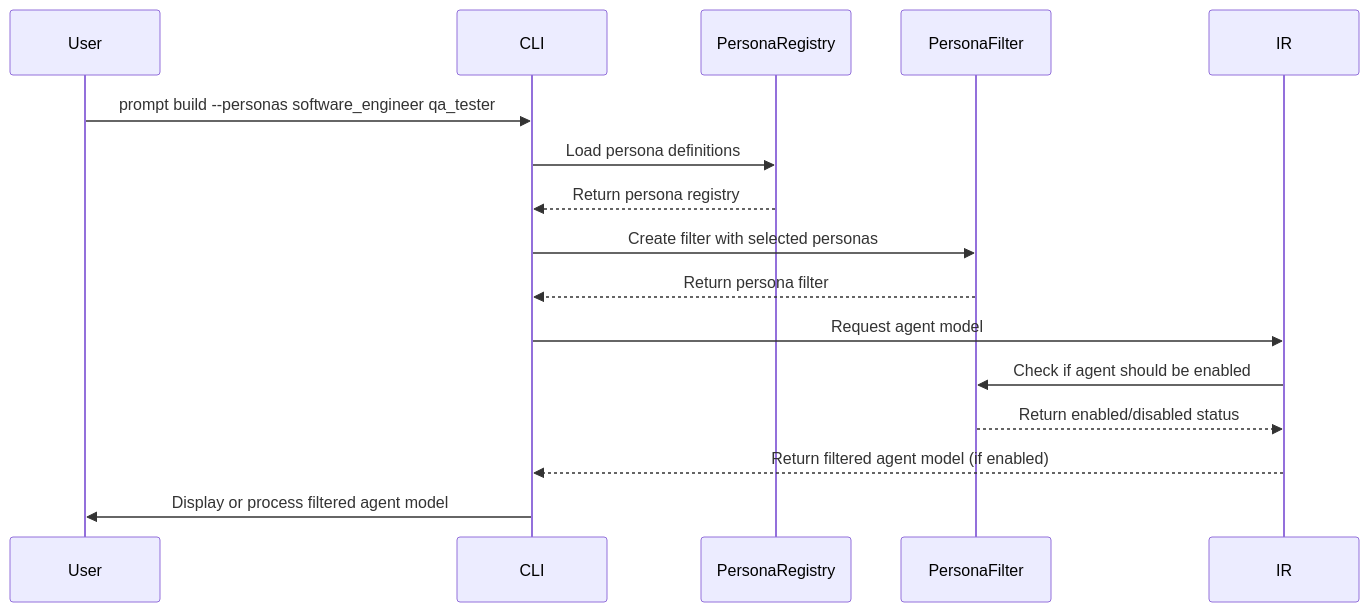
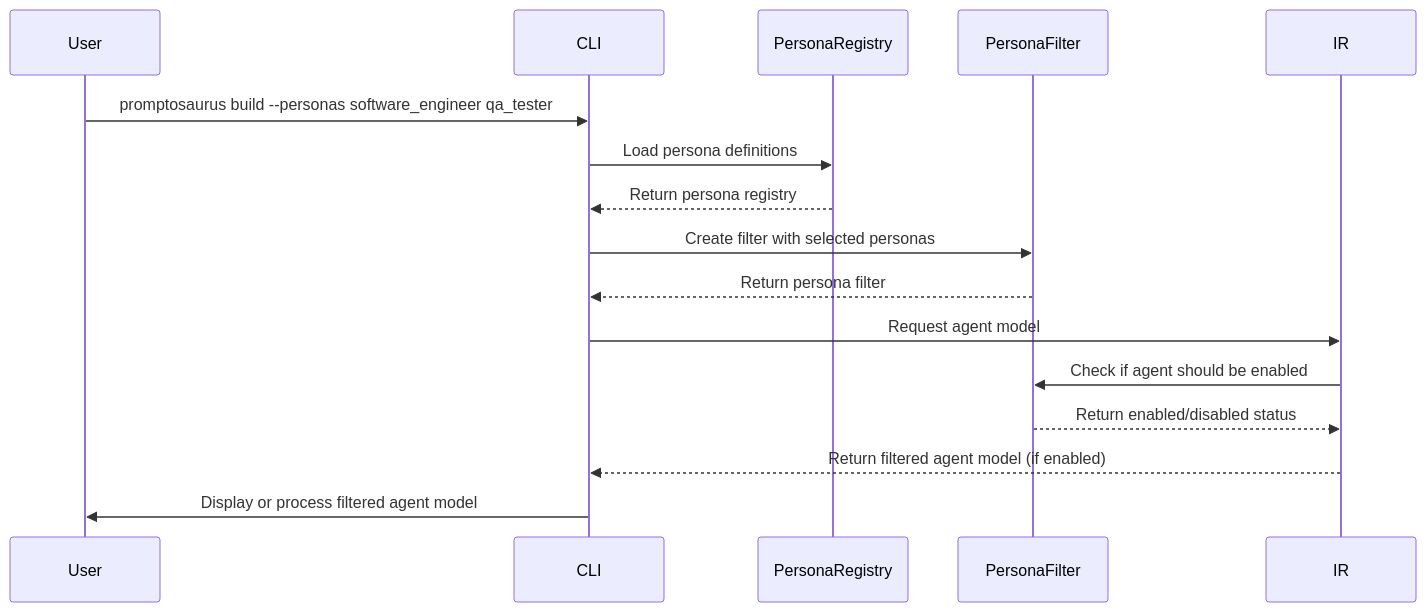
Before and after one commit to snoodleboot-io/prompticorn: the first of 2 diagrams in docs/components/PERSONA_FILTERING.md, drawn with Mermaid. The commit also changed 39 other files, not shown here.

````diff
--- a/docs/components/PERSONA_FILTERING.md
+++ b/docs/components/PERSONA_FILTERING.md
@@ -84,19 +84,19 @@
 ```mermaid
 sequenceDiagram
     participant User
     participant CLI
     participant PersonaRegistry
     participant PersonaFilter
     participant IR
     
-    User->>CLI: prompt build --personas software_engineer qa_tester
+    User->>CLI: promptosaurus build --personas software_engineer qa_tester
     CLI->>PersonaRegistry: Load persona definitions
     PersonaRegistry-->>CLI: Return persona registry
     CLI->>PersonaFilter: Create filter with selected personas
     PersonaFilter-->>CLI: Return persona filter
     CLI->>IR: Request agent model
     IR->>PersonaFilter: Check if agent should be enabled
     PersonaFilter-->>IR: Return enabled/disabled status
     IR-->>CLI: Return filtered agent model (if enabled)
     CLI->>User: Display or process filtered agent model
 ```
````
